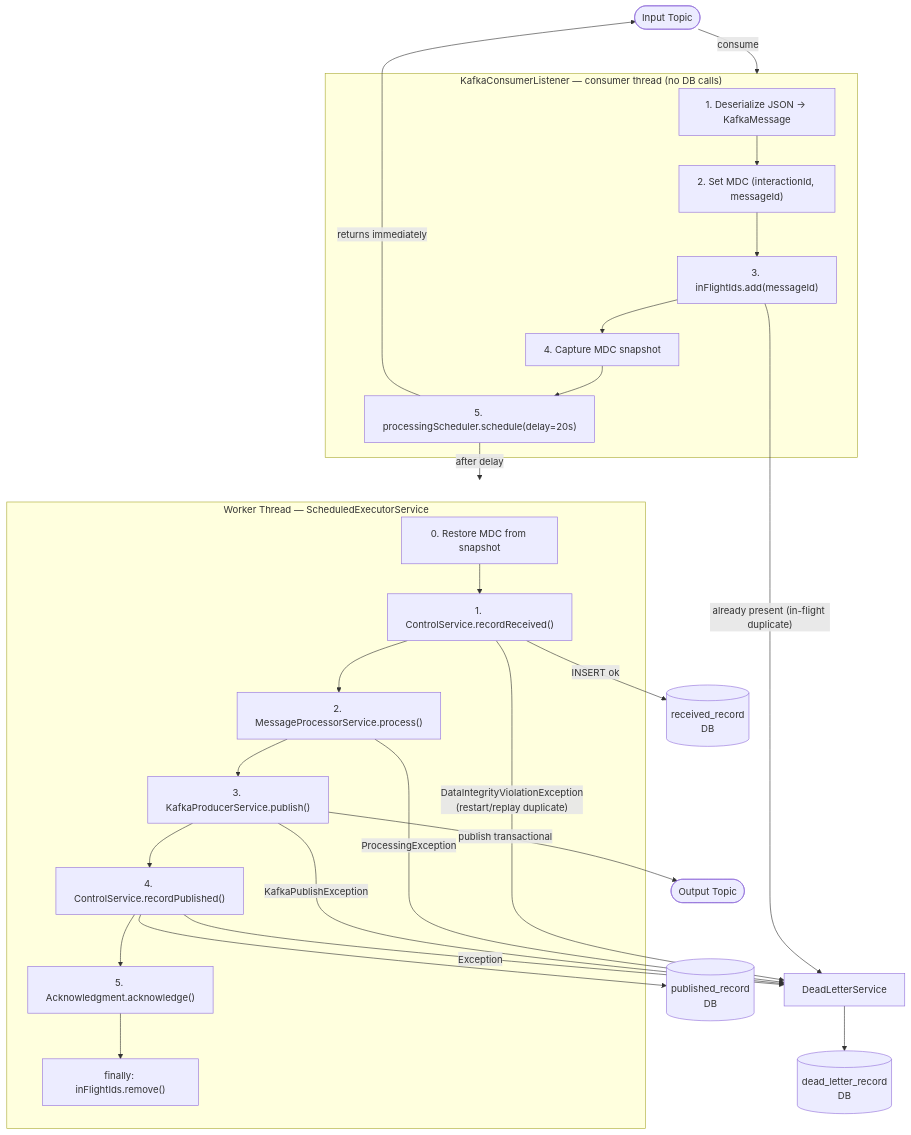
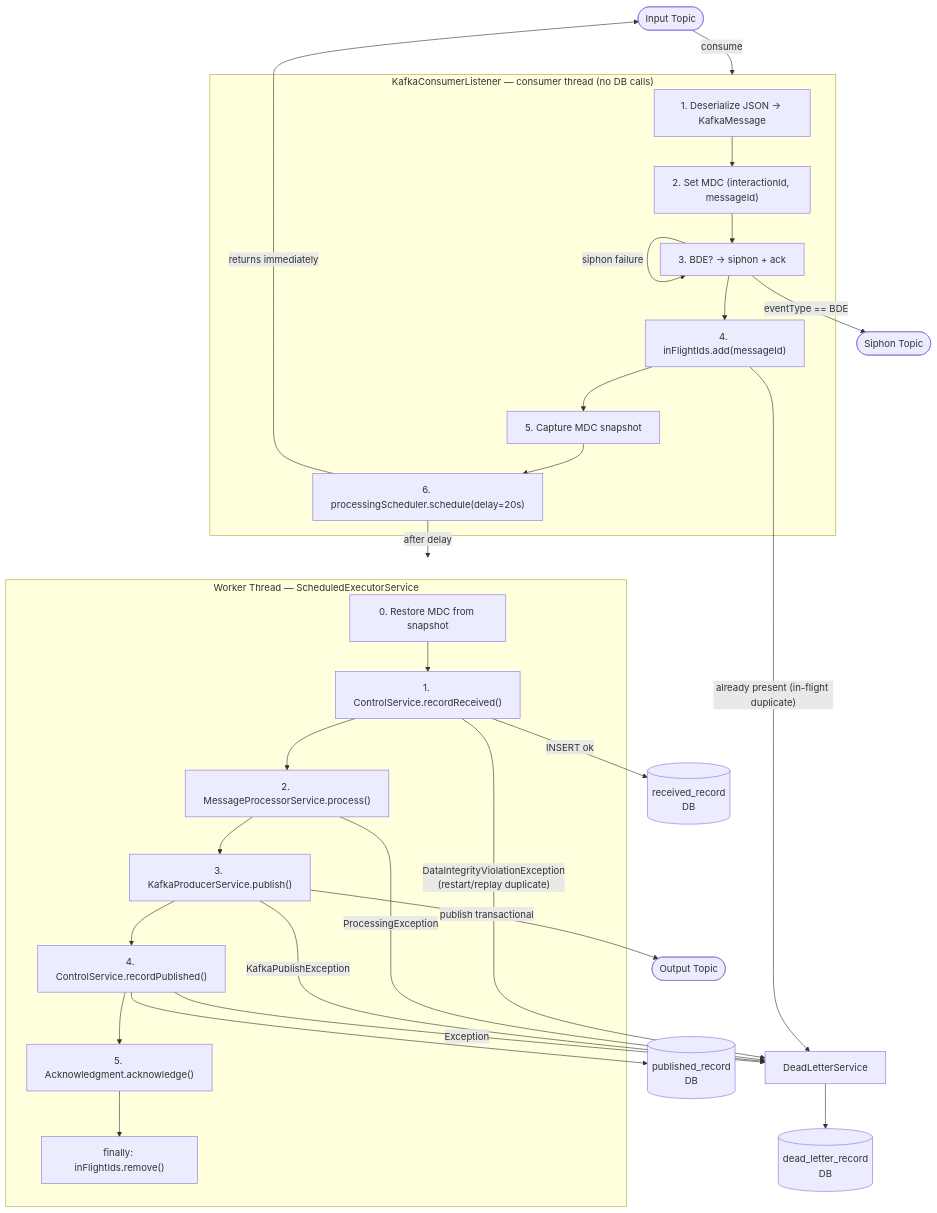
Before and after one commit to thzero/kafka-reader-example: the first of 2 diagrams in README.md, drawn with Mermaid. The commit also changed other lines of this file and 2 other files, not shown here.

Commit message:
docs: update README, requirements.md, tests.md for BDE siphon feature
- README: flowchart adds CL3 BDE check node + Siphon Topic edge; What It Does step 3; key points; config snippet
- requirements.md: BDE siphon fast-path bullet in Message Processing
- tests.md: two new KafkaConsumerListenerTest cases documented

````diff
--- a/README.md
+++ b/README.md
@@ -24,39 +25,42 @@
 ```mermaid
 flowchart TD
     IT([Input Topic]) -->|consume| CL
 
     subgraph CL["KafkaConsumerListener — consumer thread (no DB calls)"]
         CL1["1. Deserialize JSON → KafkaMessage"]
         CL2["2. Set MDC (interactionId, messageId)"]
-        CL3["3. inFlightIds.add(messageId)"]
-        CL4["4. Capture MDC snapshot"]
-        CL5["5. processingScheduler.schedule(delay=20s)"]
-        CL1 --> CL2 --> CL3 --> CL4 --> CL5
+        CL3["3. BDE? → siphon + ack"]
+        CL4["4. inFlightIds.add(messageId)"]
+        CL5["5. Capture MDC snapshot"]
+        CL6["6. processingScheduler.schedule(delay=20s)"]
+        CL1 --> CL2 --> CL3 --> CL4 --> CL5 --> CL6
     end
 
-    CL3 -->|"already present (in-flight duplicate)"| DL
-    CL5 -->|returns immediately| IT
+    CL3 -->|"eventType == BDE"| ST([Siphon Topic])
+    CL3 -->|siphon failure| CL3
+    CL4 -->|"already present (in-flight duplicate)"| DL
+    CL6 -->|returns immediately| IT
 
     subgraph WT["Worker Thread — ScheduledExecutorService"]
         WT0["0. Restore MDC from snapshot"]
         WT1["1. ControlService.recordReceived()"]
         WT2["2. MessageProcessorService.process()"]
         WT3["3. KafkaProducerService.publish()"]
         WT4["4. ControlService.recordPublished()"]
         WT5["5. Acknowledgment.acknowledge()"]
         WT6["finally: inFlightIds.remove()"]
         WT0 --> WT1 --> WT2 --> WT3 --> WT4 --> WT5 --> WT6
     end
 
-    CL5 -->|after delay| WT
+    CL6 -->|after delay| WT
     WT1 -->|INSERT ok| RR[(received_record\nDB)]
     WT1 -->|"DataIntegrityViolationException\n(restart/replay duplicate)"| DL
     WT3 -->|publish transactional| OT([Output Topic])
     WT4 --> PR[(published_record\nDB)]
     WT2 -->|ProcessingException| DL
     WT3 -->|KafkaPublishException| DL
     WT4 -->|Exception| DL
 
     DL["DeadLetterService"]
     DL --> DLR[(dead_letter_record\nDB)]
 ```
````
